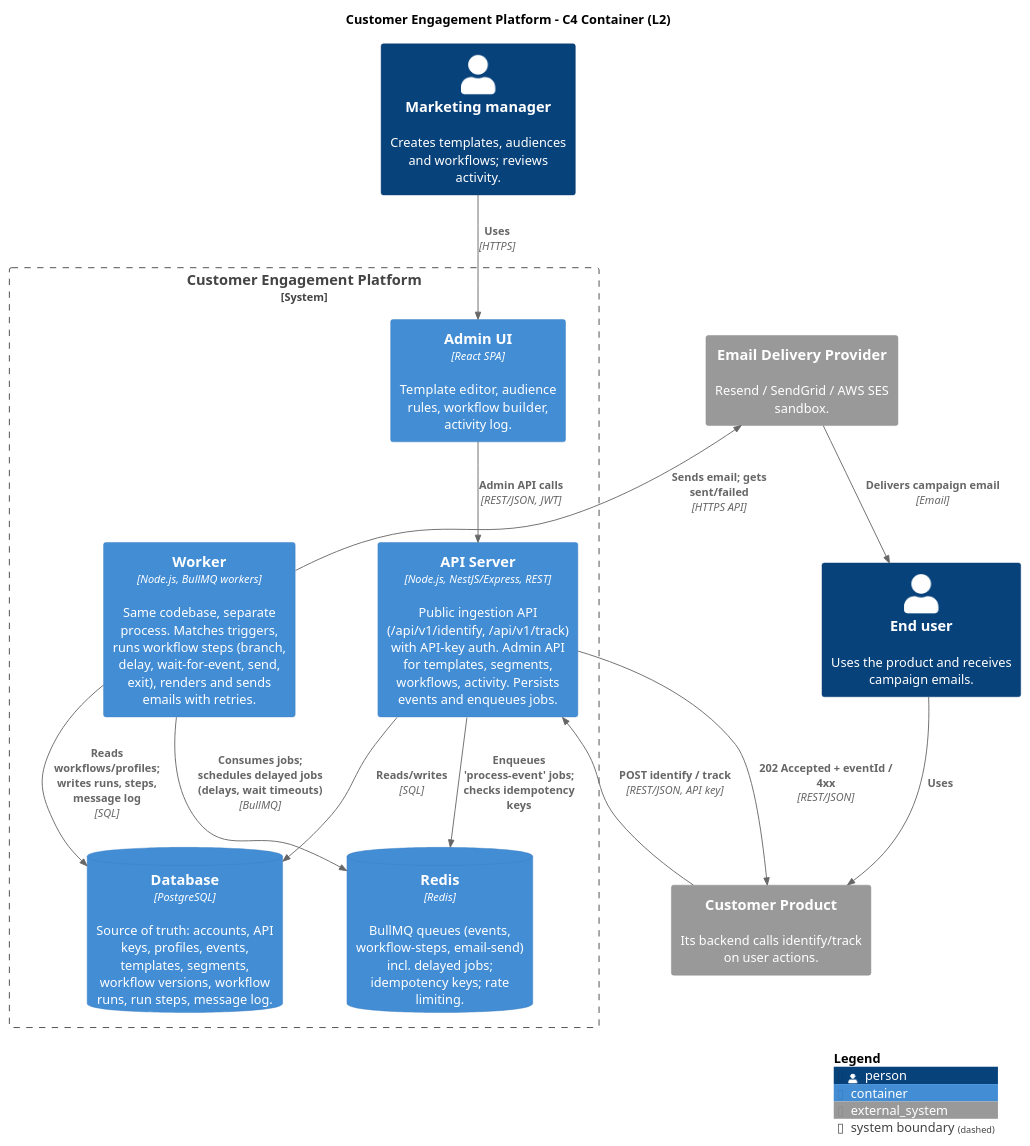
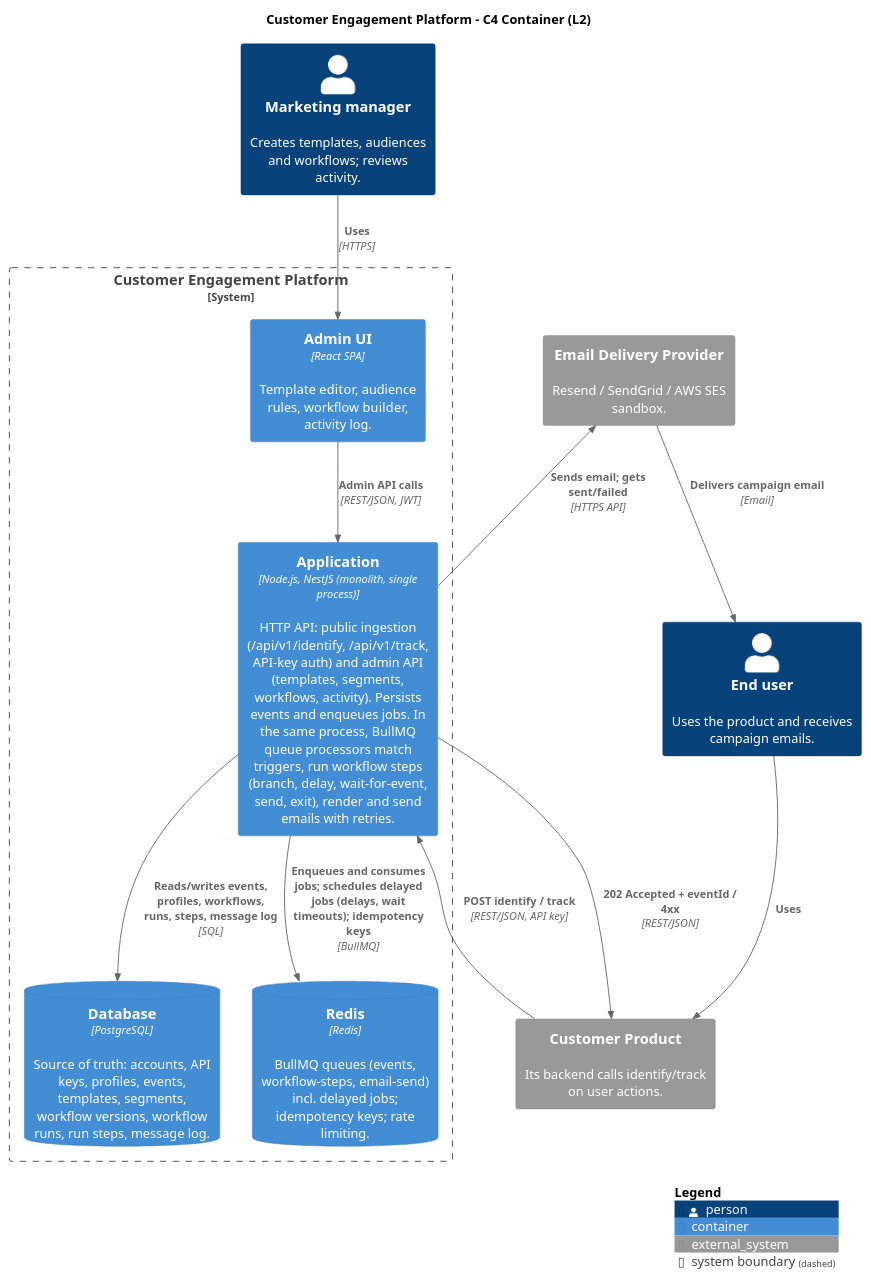
Before and after one commit to myroslavve/customer-engagement-platform: the diagram in documentation/c4-container.puml, drawn with PlantUML. The commit also changed 17 other files, not shown here.

Commit message:
refactor: run as a single-process monolith from main.ts

```diff
--- a/documentation/c4-container.puml
+++ b/documentation/c4-container.puml
@@ -1,37 +1,33 @@
 @startuml C4_L2_Container
 !include <C4/C4_Container>
 
 LAYOUT_TOP_DOWN()
 title Customer Engagement Platform - C4 Container (L2)
 
 Person(marketer, "Marketing manager", "Creates templates, audiences and workflows; reviews activity.")
 Person(enduser, "End user", "Uses the product and receives campaign emails.")
 
 System_Ext(product, "Customer Product", "Its backend calls identify/track on user actions.")
 System_Ext(email, "Email Delivery Provider", "Resend / SendGrid / AWS SES sandbox.")
 
 System_Boundary(cep, "Customer Engagement Platform") {
   Container(adminUi, "Admin UI", "React SPA", "Template editor, audience rules, workflow builder, activity log.")
-  Container(api, "API Server", "Node.js, NestJS/Express, REST", "Public ingestion API (/api/v1/identify, /api/v1/track) with API-key auth. Admin API for templates, segments, workflows, activity. Persists events and enqueues jobs.")
-  Container(worker, "Worker", "Node.js, BullMQ workers", "Same codebase, separate process. Matches triggers, runs workflow steps (branch, delay, wait-for-event, send, exit), renders and sends emails with retries.")
+  Container(app, "Application", "Node.js, NestJS (monolith, single process)", "HTTP API: public ingestion (/api/v1/identify, /api/v1/track, API-key auth) and admin API (templates, segments, workflows, activity). Persists events and enqueues jobs. In the same process, BullMQ queue processors match triggers, run workflow steps (branch, delay, wait-for-event, send, exit), render and send emails with retries.")
   ContainerDb(pg, "Database", "PostgreSQL", "Source of truth: accounts, API keys, profiles, events, templates, segments, workflow versions, workflow runs, run steps, message log.")
   ContainerDb(redis, "Redis", "Redis", "BullMQ queues (events, workflow-steps, email-send) incl. delayed jobs; idempotency keys; rate limiting.")
 }
 
 Rel(marketer, adminUi, "Uses", "HTTPS")
-Rel(adminUi, api, "Admin API calls", "REST/JSON, JWT")
+Rel(adminUi, app, "Admin API calls", "REST/JSON, JWT")
 
 Rel(enduser, product, "Uses")
-Rel(product, api, "POST identify / track", "REST/JSON, API key")
-Rel(api, product, "202 Accepted + eventId / 4xx", "REST/JSON")
+Rel(product, app, "POST identify / track", "REST/JSON, API key")
+Rel(app, product, "202 Accepted + eventId / 4xx", "REST/JSON")
 
-Rel(api, pg, "Reads/writes", "SQL")
-Rel(api, redis, "Enqueues 'process-event' jobs; checks idempotency keys")
-
-Rel(worker, redis, "Consumes jobs; schedules delayed jobs (delays, wait timeouts)", "BullMQ")
-Rel(worker, pg, "Reads workflows/profiles; writes runs, steps, message log", "SQL")
-Rel(worker, email, "Sends email; gets sent/failed", "HTTPS API")
+Rel(app, pg, "Reads/writes events, profiles, workflows, runs, steps, message log", "SQL")
+Rel(app, redis, "Enqueues and consumes jobs; schedules delayed jobs (delays, wait timeouts); idempotency keys", "BullMQ")
+Rel(app, email, "Sends email; gets sent/failed", "HTTPS API")
 Rel(email, enduser, "Delivers campaign email", "Email")
 
 SHOW_LEGEND()
 @enduml
```
